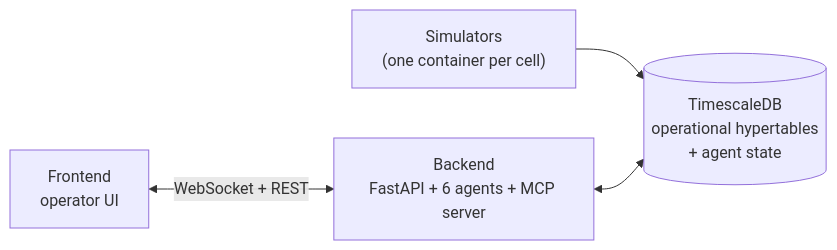
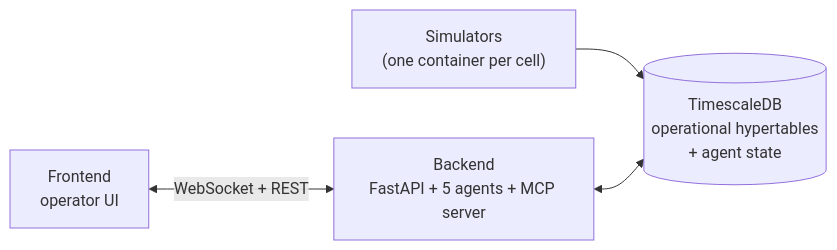
Before and after one commit to zestones/Aria: the second of 2 diagrams in README.md, drawn with Mermaid. The commit also changed other lines of this file and 16 other files, not shown here.

````diff
--- a/README.md
+++ b/README.md
@@ -92,11 +92,11 @@
 ```mermaid
 flowchart LR
     Sims["Simulators<br/>(one container per cell)"]
     DB[("TimescaleDB<br/>operational hypertables<br/>+ agent state")]
-    Backend["Backend<br/>FastAPI + 6 agents + MCP server"]
+    Backend["Backend<br/>FastAPI + 5 agents + MCP server"]
     Front["Frontend<br/>operator UI"]
 
     Sims --> DB
     Backend <--> DB
     Front <-->|"WebSocket + REST"| Backend
 ```
````
